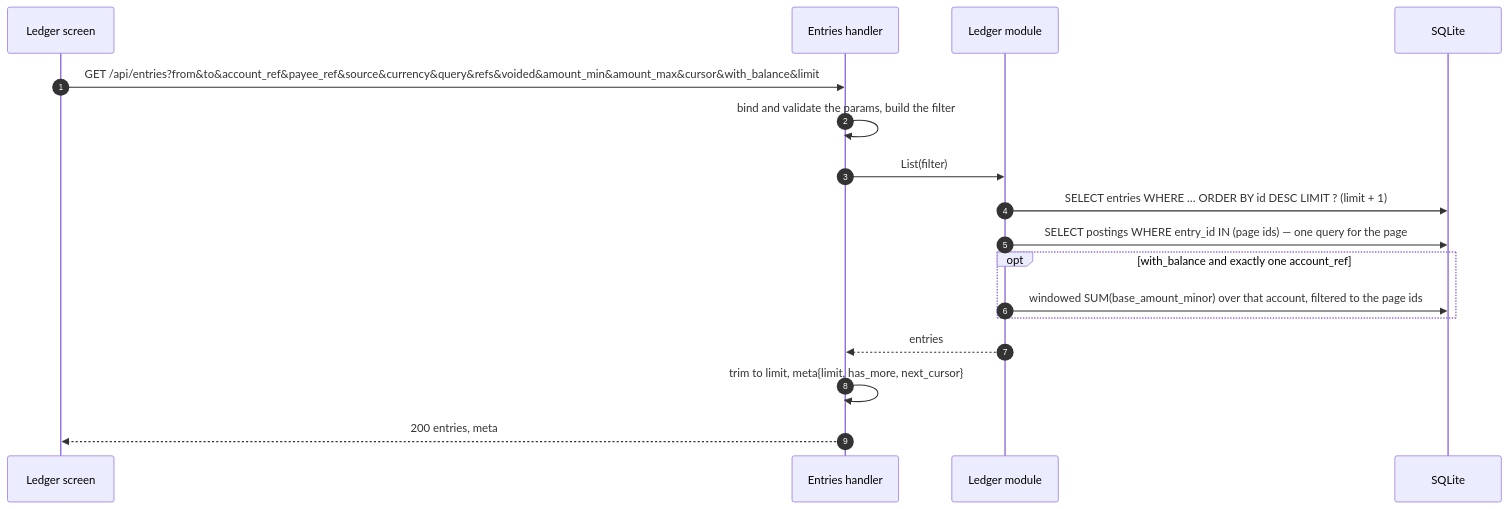
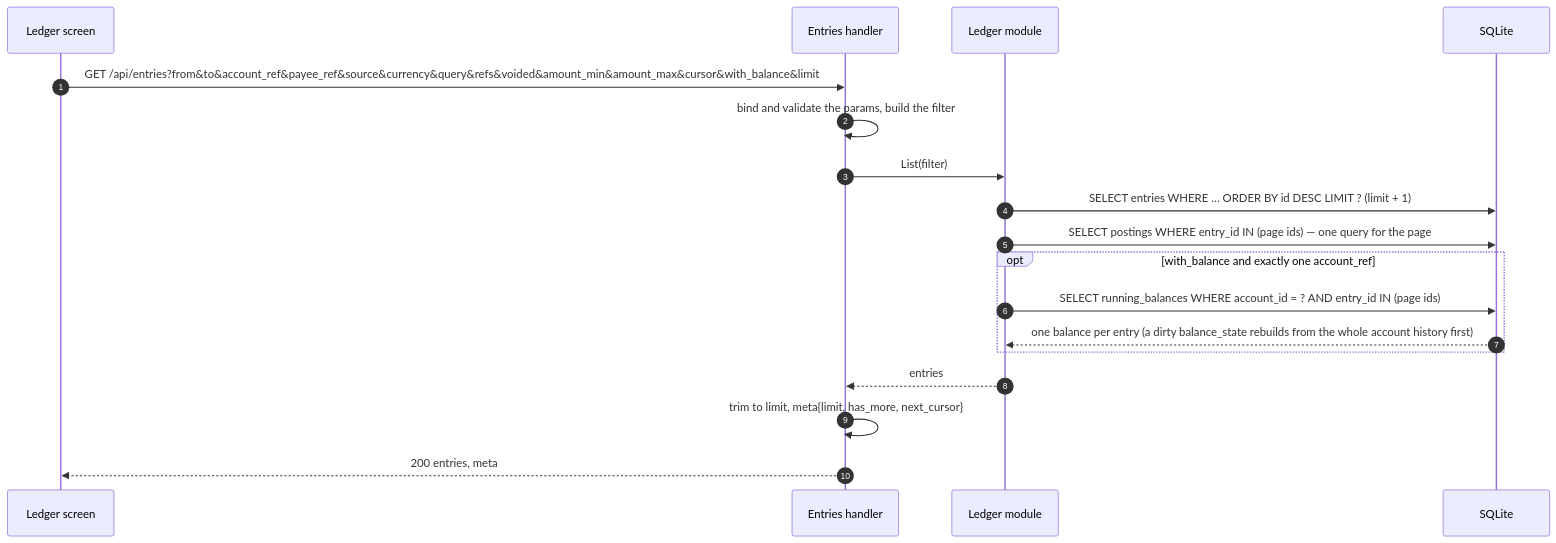
The diagram in docs/endpoints/GET_api_entries.md (dimasbaguspm/spenicle), drawn with Mermaid before and after one commit. The commit also changed other lines of this file and 53 other files, not shown here.

````diff
--- a/docs/endpoints/GET_api_entries.md
+++ b/docs/endpoints/GET_api_entries.md
@@ -100,19 +106,20 @@
 ```mermaid
 sequenceDiagram
     autonumber
     participant UI as Ledger screen
     participant H as Entries handler
     participant L as Ledger module
     participant DB as SQLite
     UI->>H: GET /api/entries?from&to&account_ref&payee_ref&source&currency&query&refs&voided&amount_min&amount_max&cursor&with_balance&limit
     H->>H: bind and validate the params, build the filter
     H->>L: List(filter)
     L->>DB: SELECT entries WHERE … ORDER BY id DESC LIMIT ? (limit + 1)
     L->>DB: SELECT postings WHERE entry_id IN (page ids) — one query for the page
     opt with_balance and exactly one account_ref
-        L->>DB: windowed SUM(base_amount_minor) over that account, filtered to the page ids
+        L->>DB: SELECT running_balances WHERE account_id = ? AND entry_id IN (page ids)
+        DB-->>L: one balance per entry (a dirty balance_state rebuilds from the whole account history first)
     end
     L-->>H: entries
     H->>H: trim to limit, meta{limit, has_more, next_cursor}
     H-->>UI: 200 entries, meta
 ```
````
